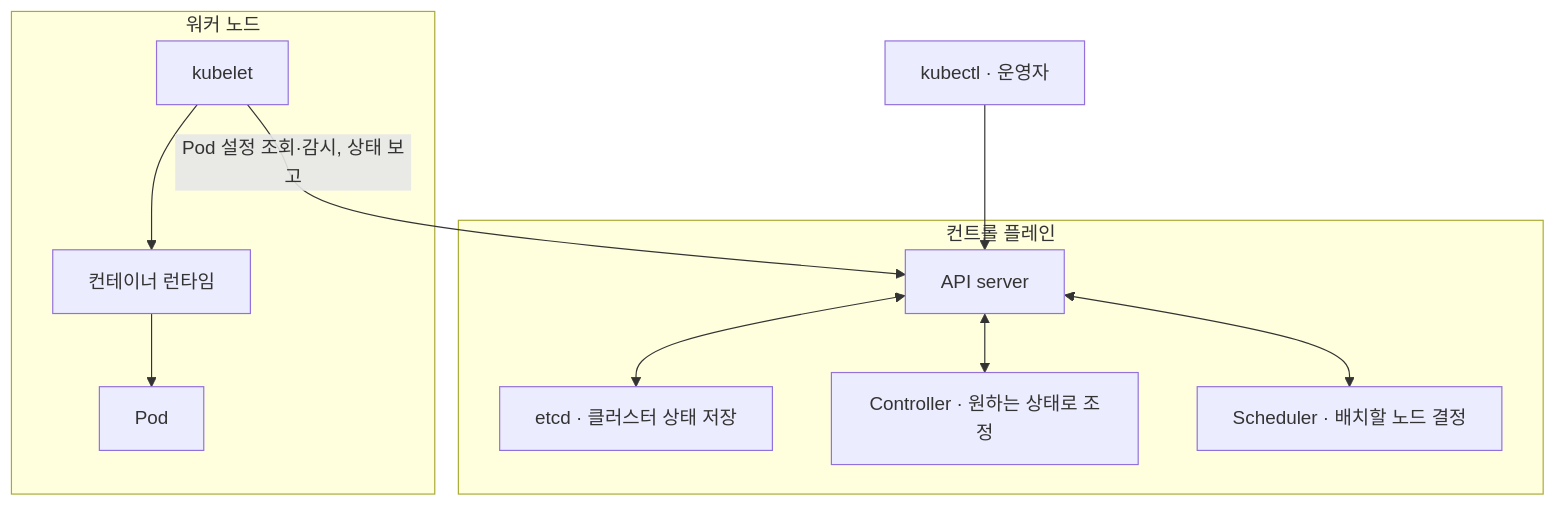
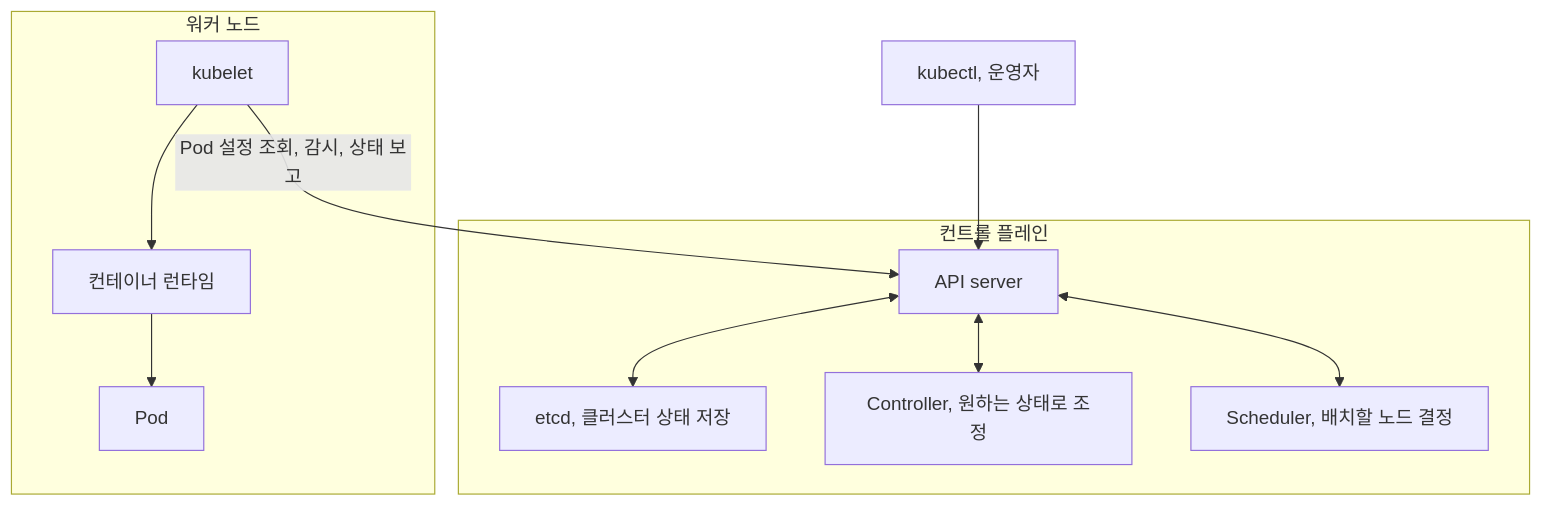
One commit to johklo/johklo.github.io changed the second of 3 diagrams in content/docs/tech/machine-learning-platform-engineering/03-kubernetes-foundation.md. Above: the diagram before and after it, drawn with Mermaid. The commit also changed other lines of this file and 14 other files, not shown here.

````diff
--- a/content/docs/tech/machine-learning-platform-engineering/03-kubernetes-foundation.md
+++ b/content/docs/tech/machine-learning-platform-engineering/03-kubernetes-foundation.md
@@ -88,16 +80,16 @@
 ```mermaid
 flowchart TD
     accTitle: Kubernetes의 선언과 실행 경계
     accDescr: kubectl이 API server에 원하는 상태를 전달한다. 컨트롤 플레인의 구성 요소가 이를 바탕으로 동작하고, 워커의 kubelet과 런타임이 Pod를 실행하며 API server에 상태를 보고한다.
-    U["kubectl · 운영자"] --> A["API server"]
+    U["kubectl, 운영자"] --> A["API server"]
     subgraph CP["컨트롤 플레인"]
-        A <--> E["etcd · 클러스터 상태 저장"]
-        A <--> C["Controller · 원하는 상태로 조정"]
-        A <--> S["Scheduler · 배치할 노드 결정"]
+        A <--> E["etcd, 클러스터 상태 저장"]
+        A <--> C["Controller, 원하는 상태로 조정"]
+        A <--> S["Scheduler, 배치할 노드 결정"]
     end
     subgraph W["워커 노드"]
         K["kubelet"] --> R["컨테이너 런타임"]
         R --> P["Pod"]
     end
-    K -->|"Pod 설정 조회·감시, 상태 보고"| A
+    K -->|"Pod 설정 조회, 감시, 상태 보고"| A
 ```
````
